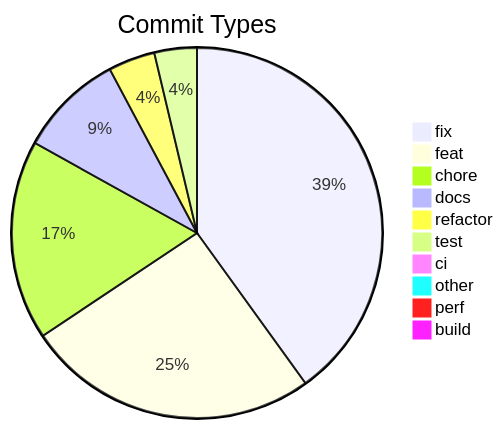
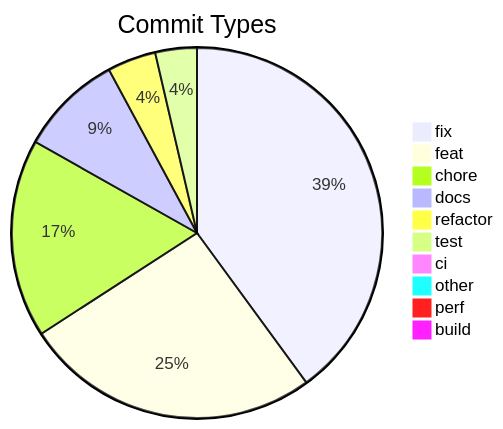
Before and after one commit to svenroth-ai/shipwright-webui: the diagram in .shipwright/compliance/change-history.md, drawn with Mermaid. The commit also changed other lines of this file and 39 other files, not shown here.

````diff
--- a/.shipwright/compliance/change-history.md
+++ b/.shipwright/compliance/change-history.md
@@ -10,13 +10,13 @@
 ```mermaid
 pie title Commit Types
-    "fix" : 324
-    "feat" : 207
-    "chore" : 141
+    "fix" : 330
+    "feat" : 214
+    "chore" : 143
     "docs" : 74
-    "refactor" : 33
+    "refactor" : 35
     "test" : 30
     "ci" : 8
     "other" : 6
     "perf" : 5
     "build" : 1
 ```
````
